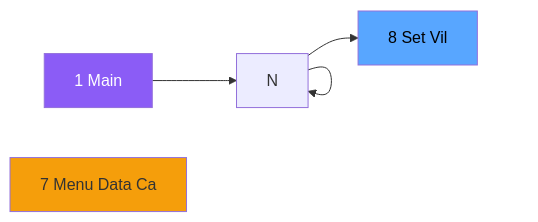
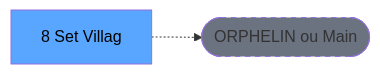
One commit to thonyAGP/lecteur-magic changed the second of 3 diagrams in .openspec/specs/ADH-IDE-8.md. Above: the diagram before and after it, drawn with Mermaid. The commit also changed other lines of this file and 701 other files, not shown here.

````diff
--- a/.openspec/specs/ADH-IDE-8.md
+++ b/.openspec/specs/ADH-IDE-8.md
@@ -125,13 +118,8 @@
 ```mermaid
 graph LR
-    M[1 Main]
-    N7[7 Menu Data Ca]
-    T[8      Set Vil]
-    M --> N
-    N --> N
-    N --> N
-    N --> T
-    style M fill:#8b5cf6,color:#fff
-    style N7 fill:#f59e0b
+    T[8      Set Villag]
+    ORPHAN([ORPHELIN ou Main])
+    T -.-> ORPHAN
     style T fill:#58a6ff,color:#000
+    style ORPHAN fill:#6b7280,stroke-dasharray: 5 5
 ```
````
